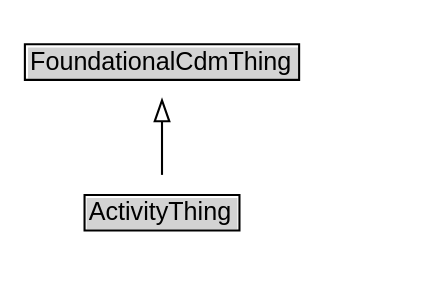
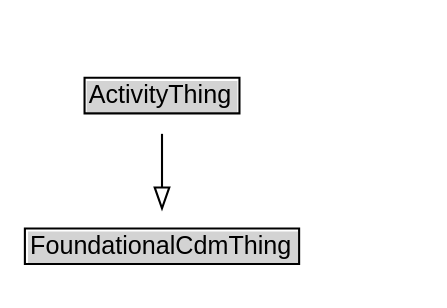
The diagram in docs/diagrams/ActivityThing.dot (k-vaughn/ontology-cdm-p1-v1), drawn with Graphviz before and after one commit. The commit also changed 283 other files, not shown here.

```diff
--- a/docs/diagrams/ActivityThing.dot
+++ b/docs/diagrams/ActivityThing.dot
@@ -1,16 +1,16 @@
 // Diagram for ActivityThing
 digraph {
 	graph [overlap=false rankdir=TB splines=true]
 	node [fontname=Arial fontsize=12 margin=0 shape=none]
 	edge [fontname=Arial fontsize=11]
+	ActivityThing [label=<<TABLE BORDER="1" CELLBORDER="0" CELLSPACING="0" CELLPADDING="1"><TR><TD BGCOLOR="lightgray" ALIGN="CENTER">ActivityThing</TD></TR></TABLE>> URL="../ActivityThing" margin=0]
 	{
 		rank=max
-		ActivityThing [label=<<TABLE BORDER="1" CELLBORDER="0" CELLSPACING="0" CELLPADDING="1"><TR><TD BGCOLOR="lightgray" ALIGN="CENTER" PORT="e">ActivityThing</TD></TR></TABLE>> URL="../ActivityThing.md" margin=0]
 	}
 	subgraph cluster_associated {
 		label="" style=invis
 		Invis [label=<<TABLE BORDER="0" CELLBORDER="0" CELLSPACING="0" CELLPADDING="1"><TR><TD></TD></TR></TABLE>> margin=0 style=invis]
 	}
-	FoundationalCdmThing [label=<<TABLE BORDER="1" CELLBORDER="0" CELLSPACING="0" CELLPADDING="1"><TR><TD BGCOLOR="lightgray" ALIGN="CENTER">FoundationalCdmThing</TD></TR></TABLE>> URL="../FoundationalCdmThing.md" margin=0]
+	FoundationalCdmThing [label=<<TABLE BORDER="1" CELLBORDER="0" CELLSPACING="0" CELLPADDING="1"><TR><TD BGCOLOR="lightgray" ALIGN="CENTER">FoundationalCdmThing</TD></TR></TABLE>> URL="../FoundationalCdmThing" margin=0]
 	ActivityThing -> FoundationalCdmThing [arrowhead=onormal style=solid]
 }
```
